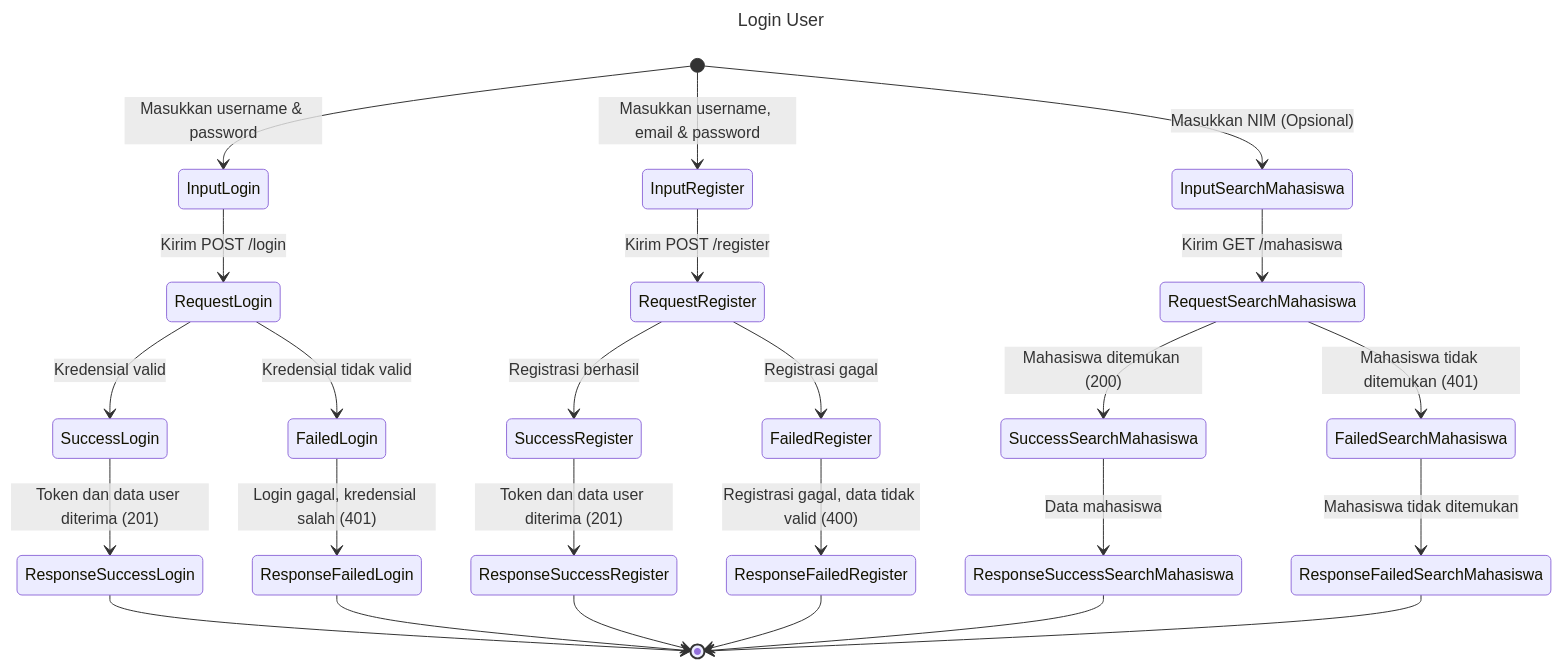
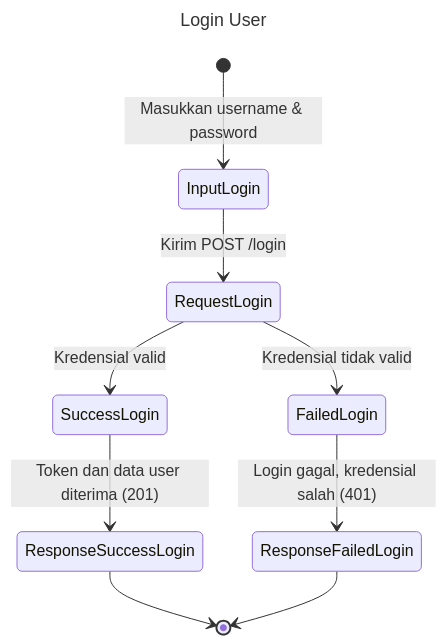
Before and after one commit to lifrmn/LABBAKCEND: the first of 3 diagrams in README.md, drawn with Mermaid. The commit also changed other lines of this file, not shown here.

`````diff
--- a/README.md
+++ b/README.md
@@ -172,33 +179,14 @@
 ````mermaid
 ---
 title: Login User
 ---
 stateDiagram-v2
     [*] --> InputLogin : Masukkan username & password
     InputLogin --> RequestLogin : Kirim POST /login
     RequestLogin --> SuccessLogin : Kredensial valid
     RequestLogin --> FailedLogin : Kredensial tidak valid
     SuccessLogin --> ResponseSuccessLogin : Token dan data user diterima (201)
     FailedLogin --> ResponseFailedLogin : Login gagal, kredensial salah (401)
     ResponseSuccessLogin --> [*]
     ResponseFailedLogin --> [*]
-
-    [*] --> InputRegister : Masukkan username, email & password
-    InputRegister --> RequestRegister : Kirim POST /register
-    RequestRegister --> SuccessRegister : Registrasi berhasil
-    RequestRegister --> FailedRegister : Registrasi gagal
-    SuccessRegister --> ResponseSuccessRegister : Token dan data user diterima (201)
-    FailedRegister --> ResponseFailedRegister : Registrasi gagal, data tidak valid (400)
-    ResponseSuccessRegister --> [*]
-    ResponseFailedRegister --> [*]
-
-    [*] --> InputSearchMahasiswa : Masukkan NIM (Opsional)
-    InputSearchMahasiswa --> RequestSearchMahasiswa : Kirim GET /mahasiswa
-    RequestSearchMahasiswa --> SuccessSearchMahasiswa : Mahasiswa ditemukan (200)
-    RequestSearchMahasiswa --> FailedSearchMahasiswa : Mahasiswa tidak ditemukan (401)
-    SuccessSearchMahasiswa --> ResponseSuccessSearchMahasiswa : Data mahasiswa
-    FailedSearchMahasiswa --> ResponseFailedSearchMahasiswa : Mahasiswa tidak ditemukan
-    ResponseSuccessSearchMahasiswa --> [*]
-    ResponseFailedSearchMahasiswa --> [*]
-
 ````
`````
